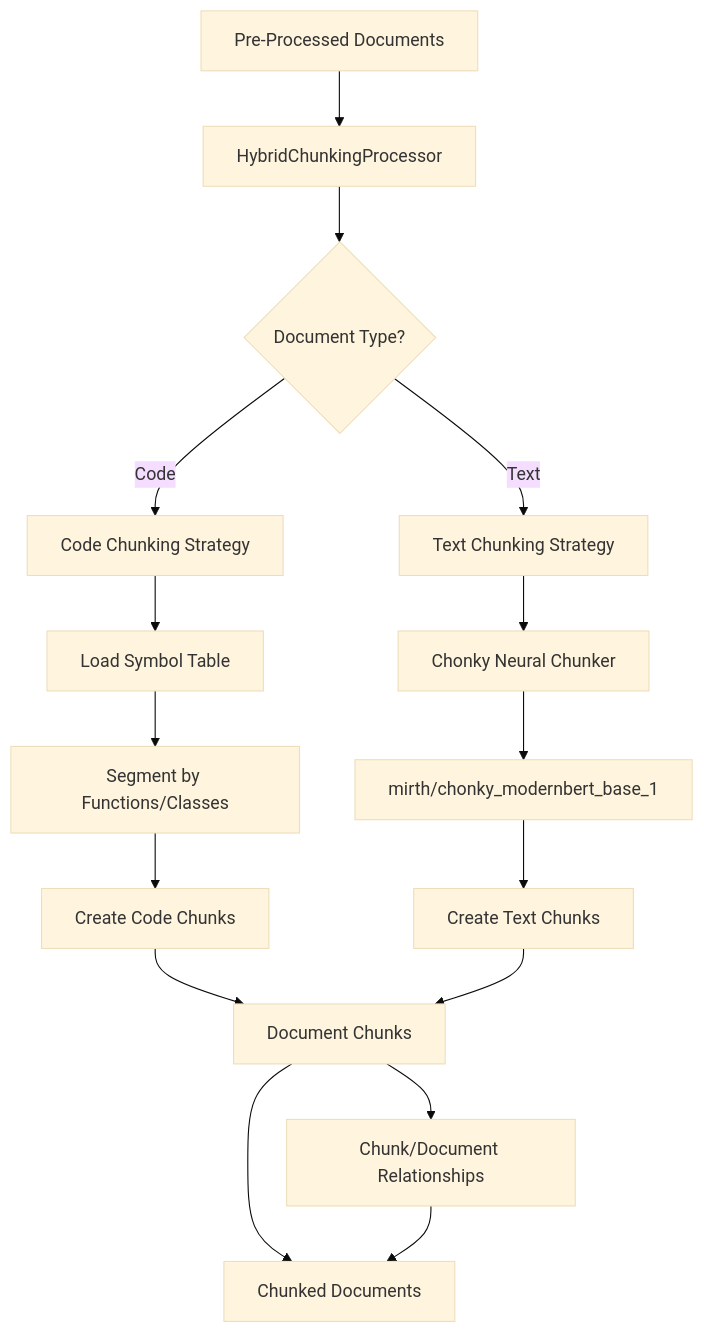
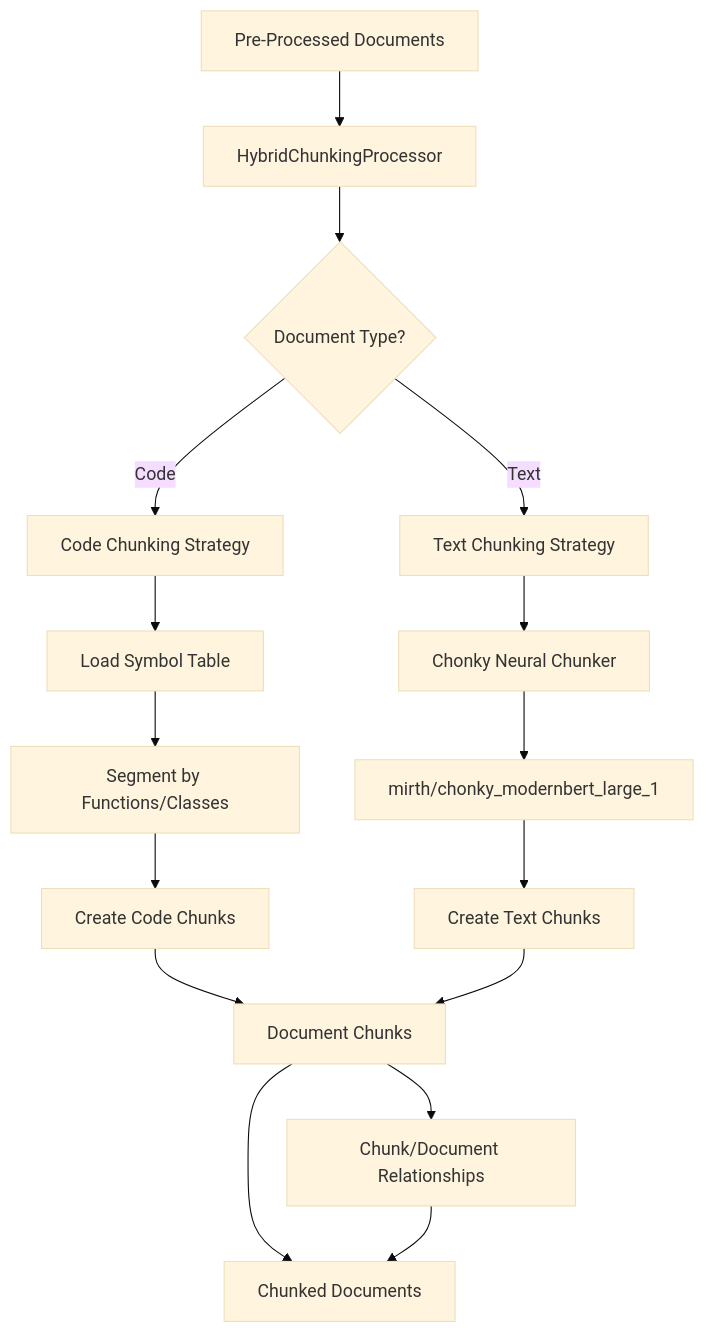
Before and after one commit to r3d91ll/HADES-PathRAG: the third of 9 diagrams in docs/ingestion_system.md, drawn with Mermaid (base theme). The commit also changed other lines of this file and 34 other files, not shown here.

````diff
--- a/docs/ingestion_system.md
+++ b/docs/ingestion_system.md
@@ -120,22 +141,22 @@
 ```mermaid
 graph TD
     A[Pre-Processed Documents] --> B[HybridChunkingProcessor]
     B --> C{Document Type?}
     
     C -->|Code| D[Code Chunking Strategy]
     C -->|Text| E[Text Chunking Strategy]
     
     D --> F[Load Symbol Table]
     F --> G[Segment by Functions/Classes]
     G --> H[Create Code Chunks]
     
     E --> I[Chonky Neural Chunker]
-    I --> J[mirth/chonky_modernbert_base_1]
+    I --> J[mirth/chonky_modernbert_large_1]
     J --> K[Create Text Chunks]
     
     H --> L[Document Chunks]
     K --> L
     
     L --> M[Chunk/Document Relationships]
     L & M --> N[Chunked Documents]
 ```
````
